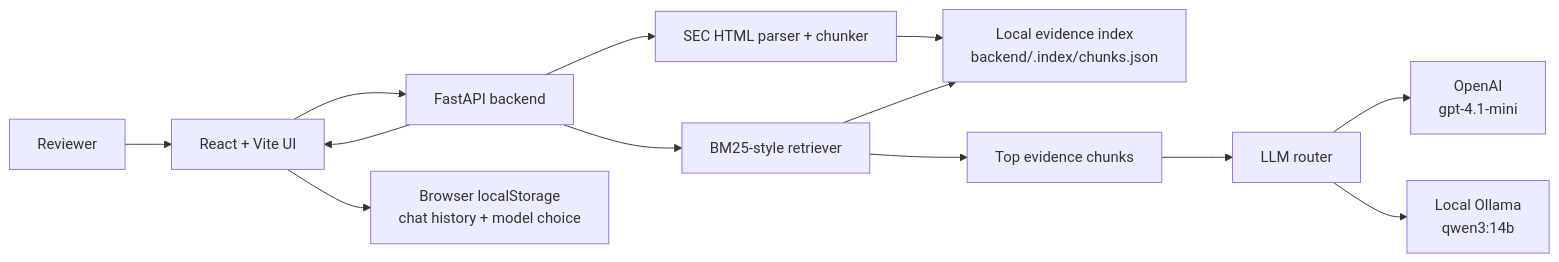
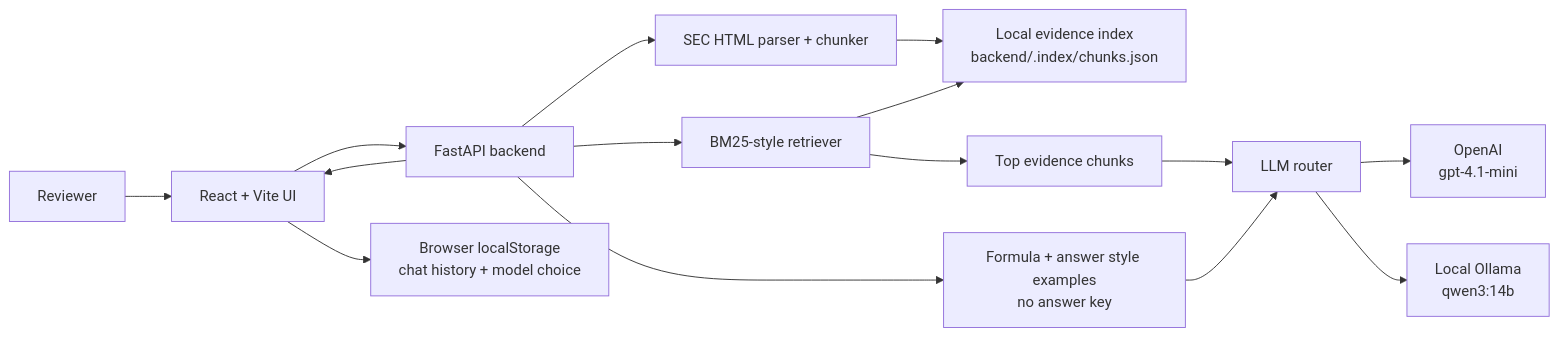
Before and after one commit to vrize-poc-demo/evidence-alpha: the first of 6 diagrams in docs/ARCHITECTURE.md, drawn with Mermaid. The commit also changed other lines of this file and 12 other files, not shown here.

````diff
--- a/docs/ARCHITECTURE.md
+++ b/docs/ARCHITECTURE.md
@@ -7,15 +7,17 @@
 ```mermaid
 flowchart LR
     Reviewer["Reviewer"] --> UI["React + Vite UI"]
     UI --> API["FastAPI backend"]
     API --> Indexer["SEC HTML parser + chunker"]
     Indexer --> LocalIndex["Local evidence index<br/>backend/.index/chunks.json"]
     API --> Retriever["BM25-style retriever"]
     Retriever --> LocalIndex
     Retriever --> Evidence["Top evidence chunks"]
+    API --> StyleExamples["Formula + answer style examples<br/>no answer key"]
     Evidence --> LLMRouter["LLM router"]
+    StyleExamples --> LLMRouter
     LLMRouter --> OpenAI["OpenAI<br/>gpt-4.1-mini"]
     LLMRouter --> Ollama["Local Ollama<br/>qwen3:14b"]
     API --> UI
     UI --> BrowserStore["Browser localStorage<br/>chat history + model choice"]
 ```
````
